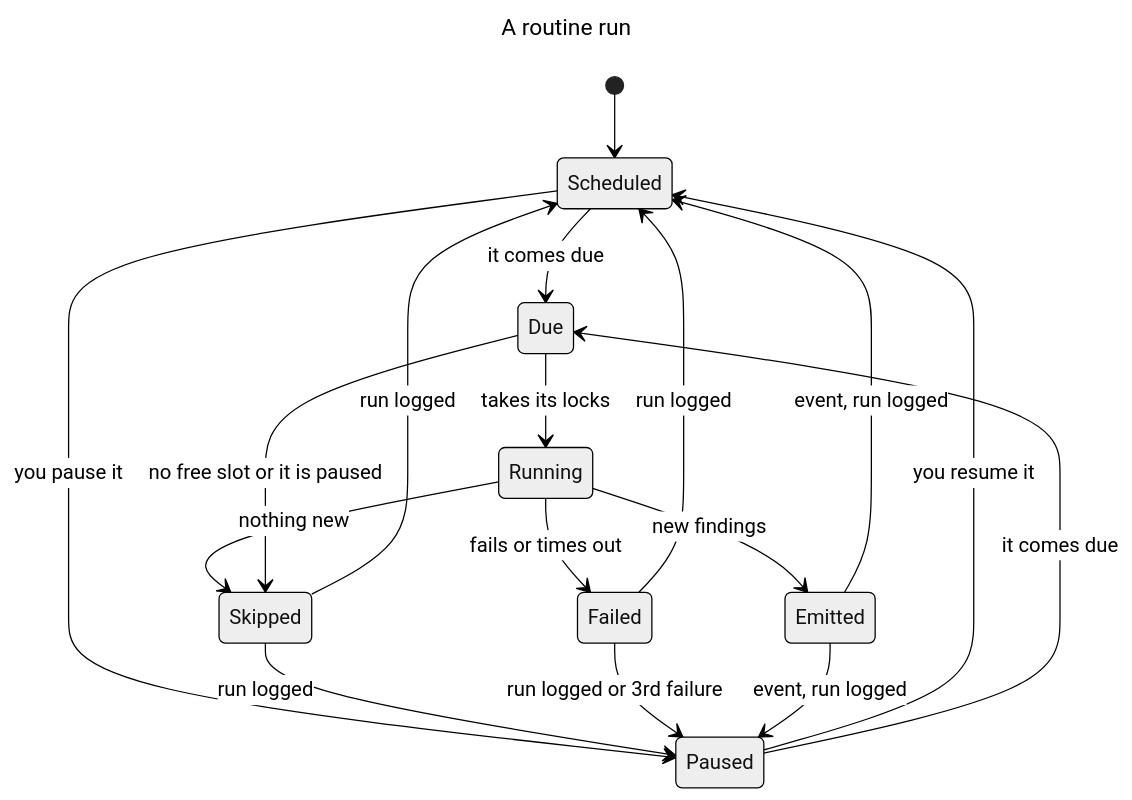
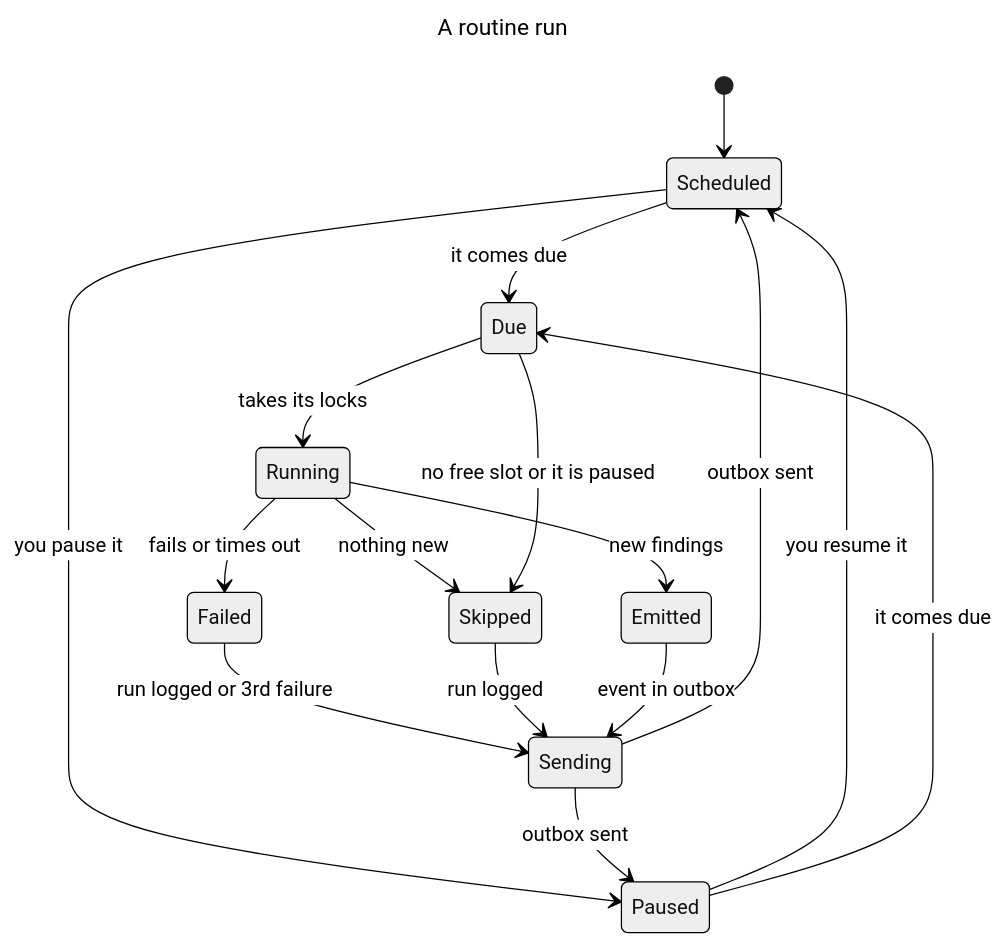
The diagram in tests/statechart/routine-run/chart/chart.pi.md (simoncrypta/bercail), drawn with Mermaid (neutral theme) before and after one commit. The commit also changed other lines of this file and 24 other files, not shown here.

````diff
--- a/tests/statechart/routine-run/chart/chart.pi.md
+++ b/tests/statechart/routine-run/chart/chart.pi.md
@@ -1,29 +1,29 @@
 ```mermaid
 ---
 title: "A routine run"
 ---
 stateDiagram-v2
   s0: Scheduled
   s1: Due
   s2: Paused
   s3: Running
   s4: Failed
   s5: Skipped
   s6: Emitted
+  s7: Sending
   [*] --> s0
   s0 --> s1: it comes due
   s0 --> s2: you pause it
   s2 --> s0: you resume it
   s2 --> s1: it comes due
   s1 --> s3: takes its locks
   s3 --> s4: fails or times out
   s3 --> s5: nothing new
   s1 --> s5: no free slot or it is paused
-  s4 --> s0: run logged
-  s5 --> s0: run logged
+  s4 --> s7: run logged or 3rd failure
+  s5 --> s7: run logged
   s3 --> s6: new findings
-  s5 --> s2: run logged
-  s6 --> s0: event, run logged
-  s4 --> s2: run logged or 3rd failure
-  s6 --> s2: event, run logged
+  s6 --> s7: event in outbox
+  s7 --> s0: outbox sent
+  s7 --> s2: outbox sent
 ```
````
